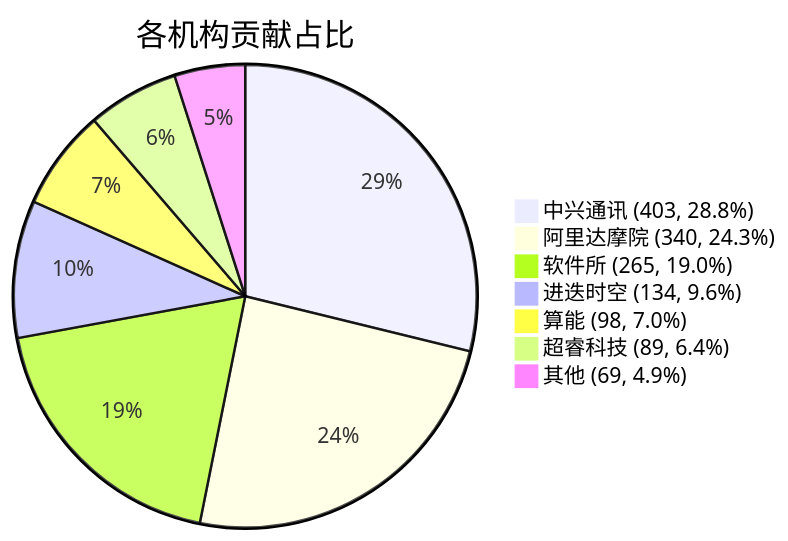
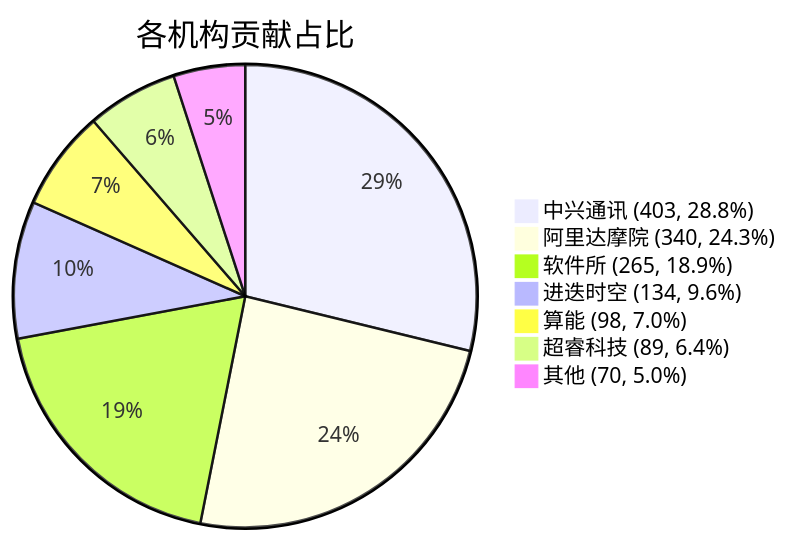
One commit to RVCK-Project/rvck changed the diagram in docs/index.md. Above: the diagram before and after it, drawn with Mermaid. The commit also changed other lines of this file and 21 other files, not shown here.

````diff
--- a/docs/index.md
+++ b/docs/index.md
@@ -39,10 +39,10 @@
 ```mermaid
 pie title 各机构贡献占比
     "中兴通讯 (403, 28.8%)" : 403
     "阿里达摩院 (340, 24.3%)" : 340
-    "软件所 (265, 19.0%)" : 265
+    "软件所 (265, 18.9%)" : 265
     "进迭时空 (134, 9.6%)" : 134
     "算能 (98, 7.0%)" : 98
     "超睿科技 (89, 6.4%)" : 89
-    "其他 (69, 4.9%)" : 69
+    "其他 (70, 5.0%)" : 70
 ```
````
